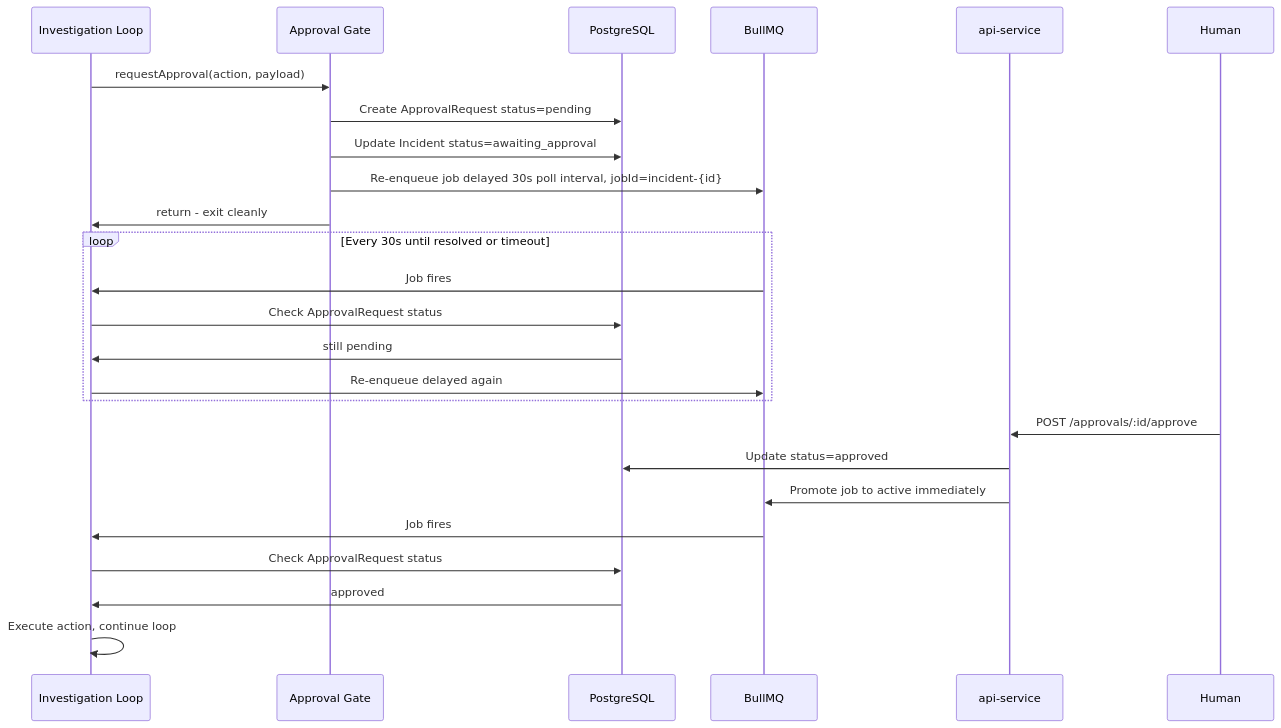
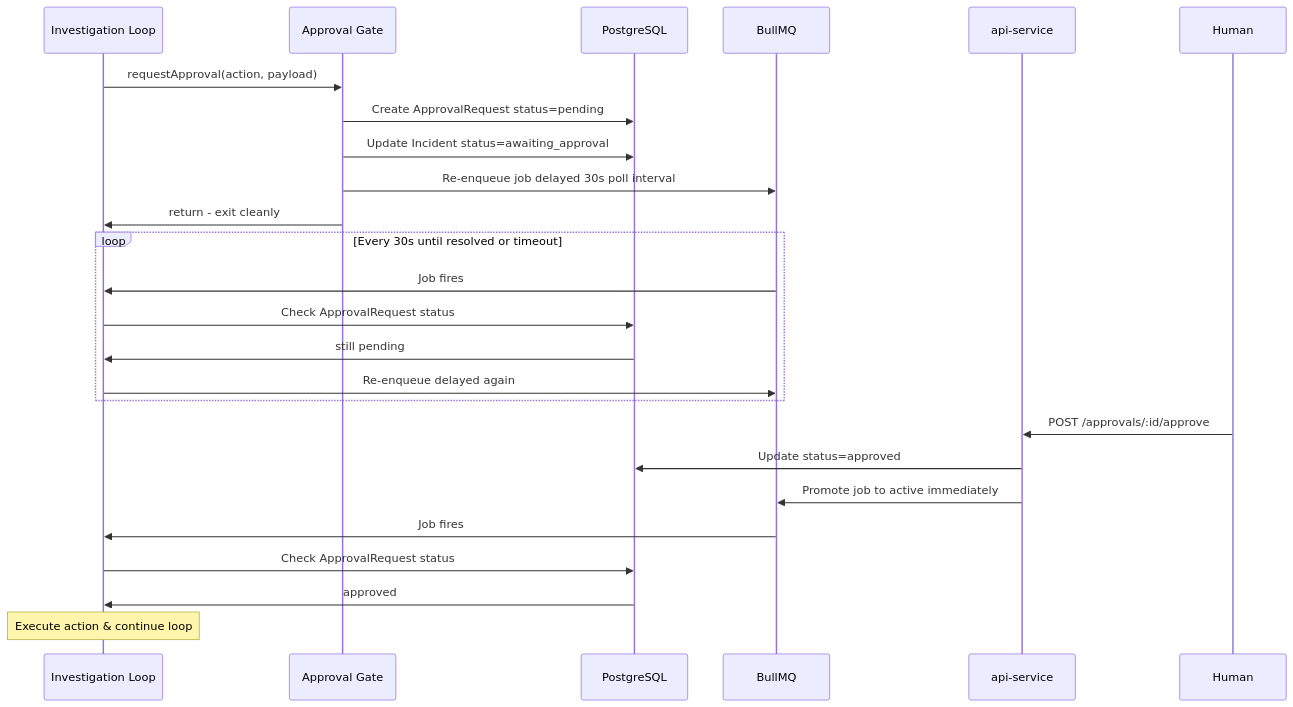
One commit to SoloDevAbu/OperonAI changed the ninth of 11 diagrams in README.md. Above: the diagram before and after it, drawn with Mermaid. The commit also changed other lines of this file, not shown here.

Commit message:
fix(docs): resolve github mermaid curve calculation errors in LLD diagrams

````diff
--- a/README.md
+++ b/README.md
@@ -585,31 +534,31 @@
 ```mermaid
 sequenceDiagram
     participant IL as Investigation Loop
     participant AG as Approval Gate
     participant DB as PostgreSQL
     participant Q as BullMQ
     participant API as api-service
     participant H as Human
 
     IL->>AG: requestApproval(action, payload)
     AG->>DB: Create ApprovalRequest status=pending
     AG->>DB: Update Incident status=awaiting_approval
-    AG->>Q: Re-enqueue job delayed 30s poll interval, jobId=incident-{id}
+    AG->>Q: Re-enqueue job delayed 30s poll interval
     AG->>IL: return - exit cleanly
 
     loop Every 30s until resolved or timeout
         Q->>IL: Job fires
         IL->>DB: Check ApprovalRequest status
         DB->>IL: still pending
         IL->>Q: Re-enqueue delayed again
     end
 
     H->>API: POST /approvals/:id/approve
     API->>DB: Update status=approved
     API->>Q: Promote job to active immediately
 
     Q->>IL: Job fires
     IL->>DB: Check ApprovalRequest status
     DB->>IL: approved
-    IL->>IL: Execute action, continue loop
+    Note over IL: Execute action & continue loop
 ```
````
